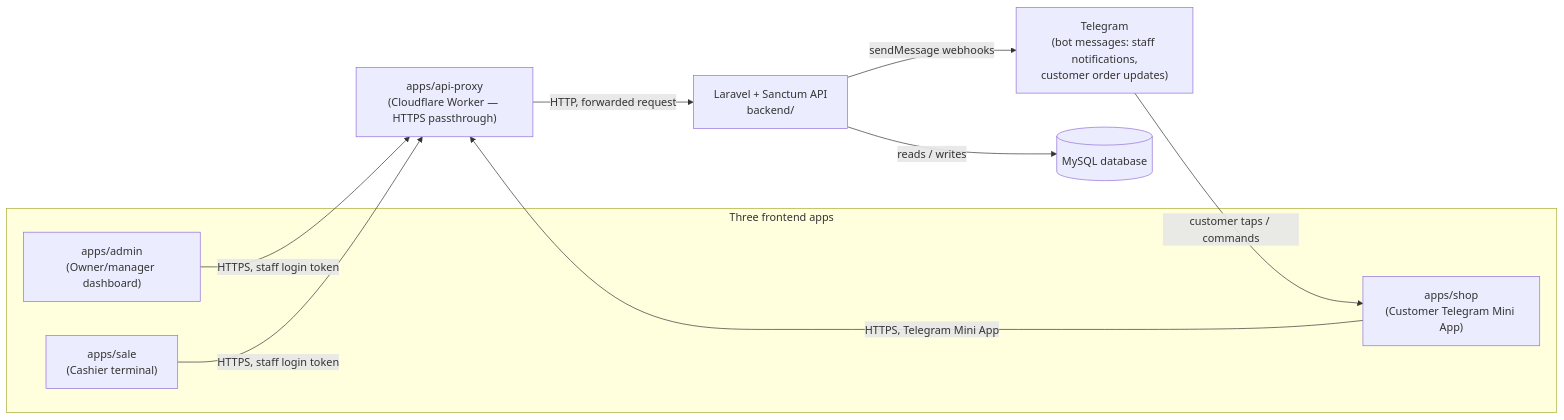
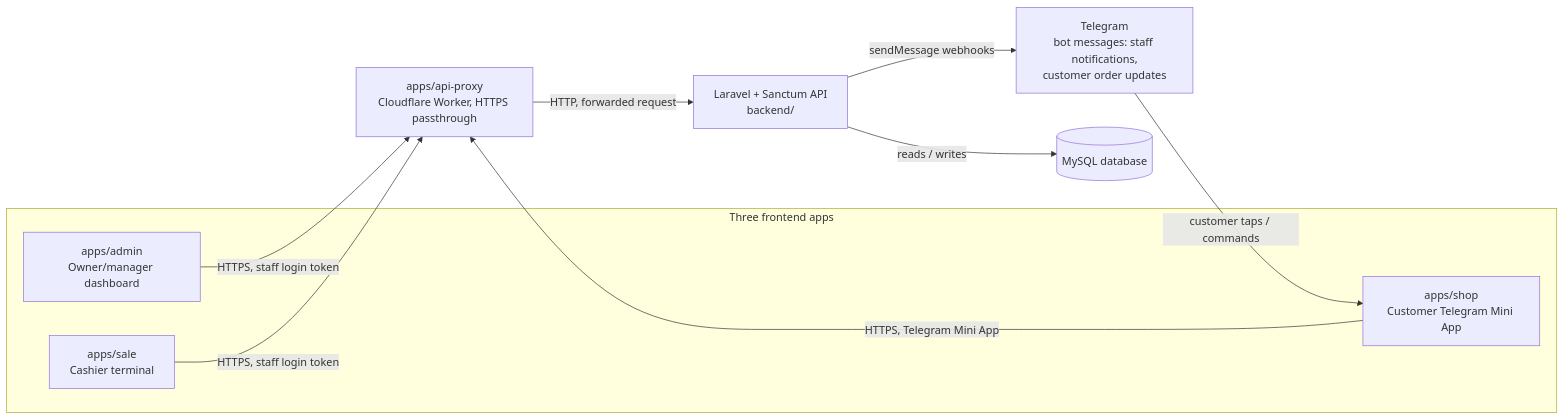
Before and after one commit to mateho-369/cake-pos: the diagram in docs/diagrams/system-architecture.md, drawn with Mermaid. The commit also changed 3 other files, not shown here.

First line of the commit message:
fix: Mermaid parse error in sequence-cancel-race.md and rendering fixes across all diagrams

````diff
--- a/docs/diagrams/system-architecture.md
+++ b/docs/diagrams/system-architecture.md
@@ -5,24 +5,24 @@
 ```mermaid
 flowchart LR
     subgraph Frontends["Three frontend apps"]
-        Admin["apps/admin\n(Owner/manager dashboard)"]
-        Sale["apps/sale\n(Cashier terminal)"]
-        Shop["apps/shop\n(Customer Telegram Mini App)"]
+        Admin["apps/admin<br/>Owner/manager dashboard"]
+        Sale["apps/sale<br/>Cashier terminal"]
+        Shop["apps/shop<br/>Customer Telegram Mini App"]
     end
 
-    Proxy["apps/api-proxy\n(Cloudflare Worker — HTTPS passthrough)"]
+    Proxy["apps/api-proxy<br/>Cloudflare Worker, HTTPS passthrough"]
 
-    Backend["Laravel + Sanctum API\nbackend/"]
+    Backend["Laravel + Sanctum API<br/>backend/"]
 
     DB[("MySQL database")]
 
-    Telegram["Telegram\n(bot messages: staff notifications,\ncustomer order updates)"]
+    Telegram["Telegram<br/>bot messages: staff notifications,<br/>customer order updates"]
 
     Admin -->|HTTPS, staff login token| Proxy
     Sale -->|HTTPS, staff login token| Proxy
     Shop -->|HTTPS, Telegram Mini App| Proxy
     Proxy -->|HTTP, forwarded request| Backend
     Backend -->|reads / writes| DB
     Backend -->|sendMessage webhooks| Telegram
     Telegram -->|customer taps / commands| Shop
 ```
````
